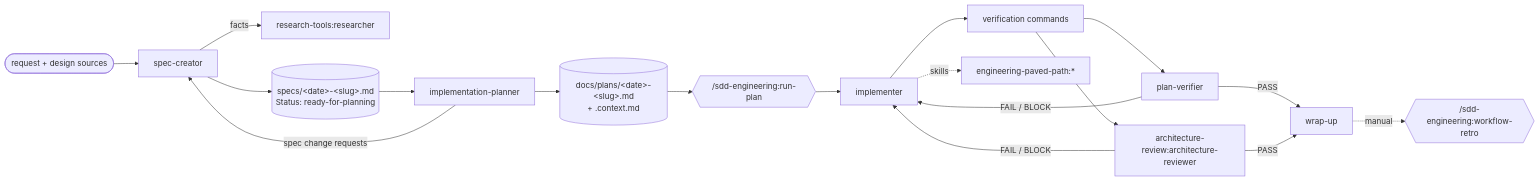
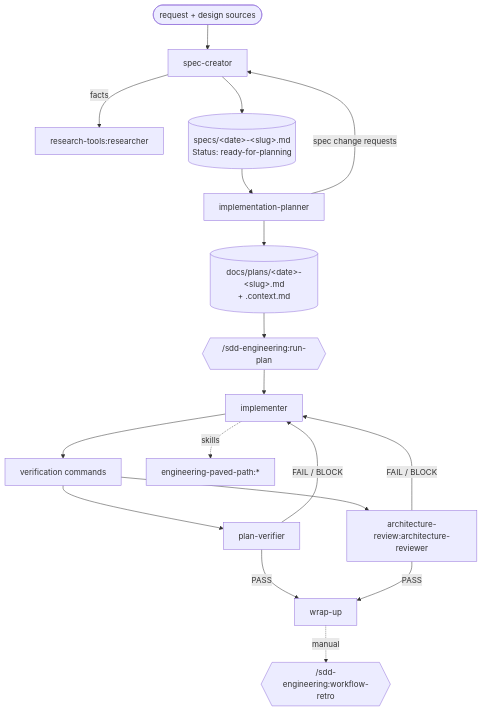
Before and after one commit to podop/dev-digest-ai-marketplace: the diagram in plugins/sdd-engineering/README.md, drawn with Mermaid. The commit also changed 9 other files, not shown here.

First line of the commit message:
feat(site): render Mermaid diagrams

````diff
--- a/plugins/sdd-engineering/README.md
+++ b/plugins/sdd-engineering/README.md
@@ -17,18 +17,18 @@
 ```mermaid
-flowchart LR
+flowchart TD
     U([request + design sources]) --> SC[spec-creator]
     SC -- facts --> R[research-tools:researcher]
-    SC --> S[(specs/&lt;date&gt;-&lt;slug&gt;.md<br/>Status: ready-for-planning)]
+    SC --> S[(specs/#lt;date#gt;-#lt;slug#gt;.md<br/>Status: ready-for-planning)]
     S --> IP[implementation-planner]
     IP -- spec change requests --> SC
-    IP --> P[(docs/plans/&lt;date&gt;-&lt;slug&gt;.md<br/>+ .context.md)]
+    IP --> P[(docs/plans/#lt;date#gt;-#lt;slug#gt;.md<br/>+ .context.md)]
     P --> RP{{/sdd-engineering:run-plan}}
     RP --> IM[implementer]
     IM --> V[verification commands]
     V --> PV[plan-verifier]
     V --> AR[architecture-review:architecture-reviewer]
     PV & AR -- FAIL / BLOCK --> IM
     PV & AR -- PASS --> W[wrap-up]
     W -. manual .-> RETRO{{/sdd-engineering:workflow-retro}}
     IM -. skills .-> EPP[engineering-paved-path:*]
 ```
````
